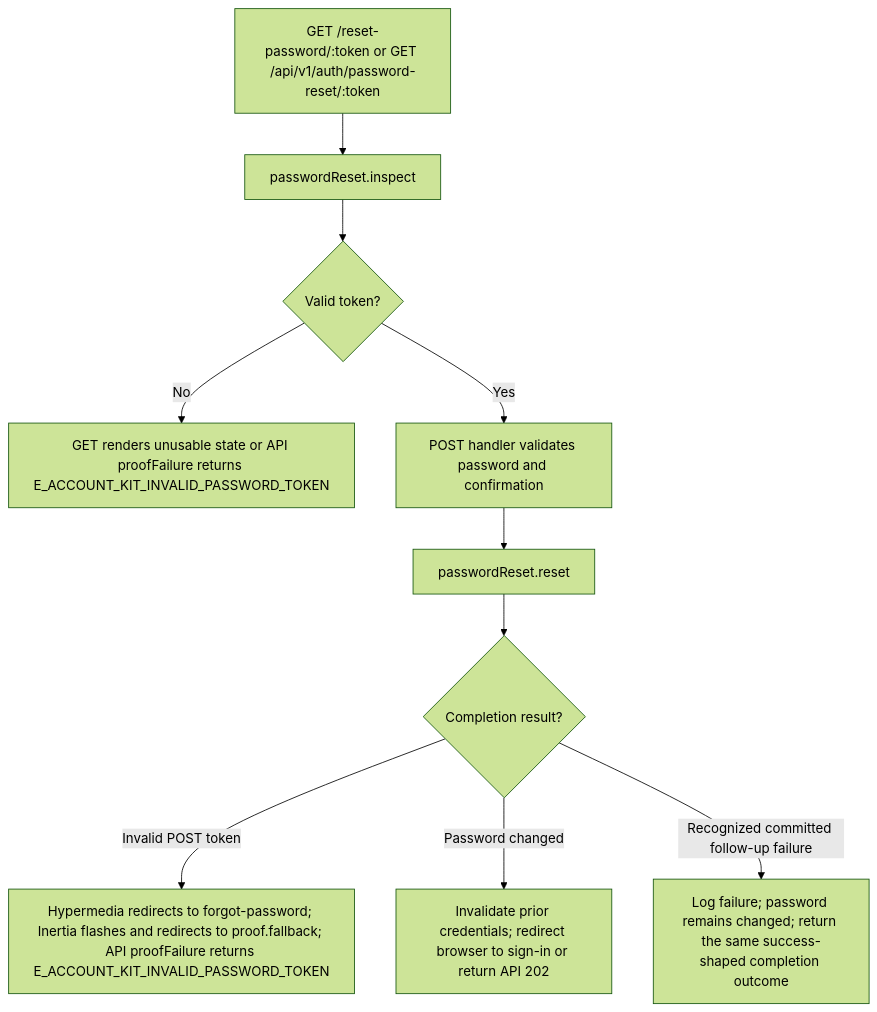
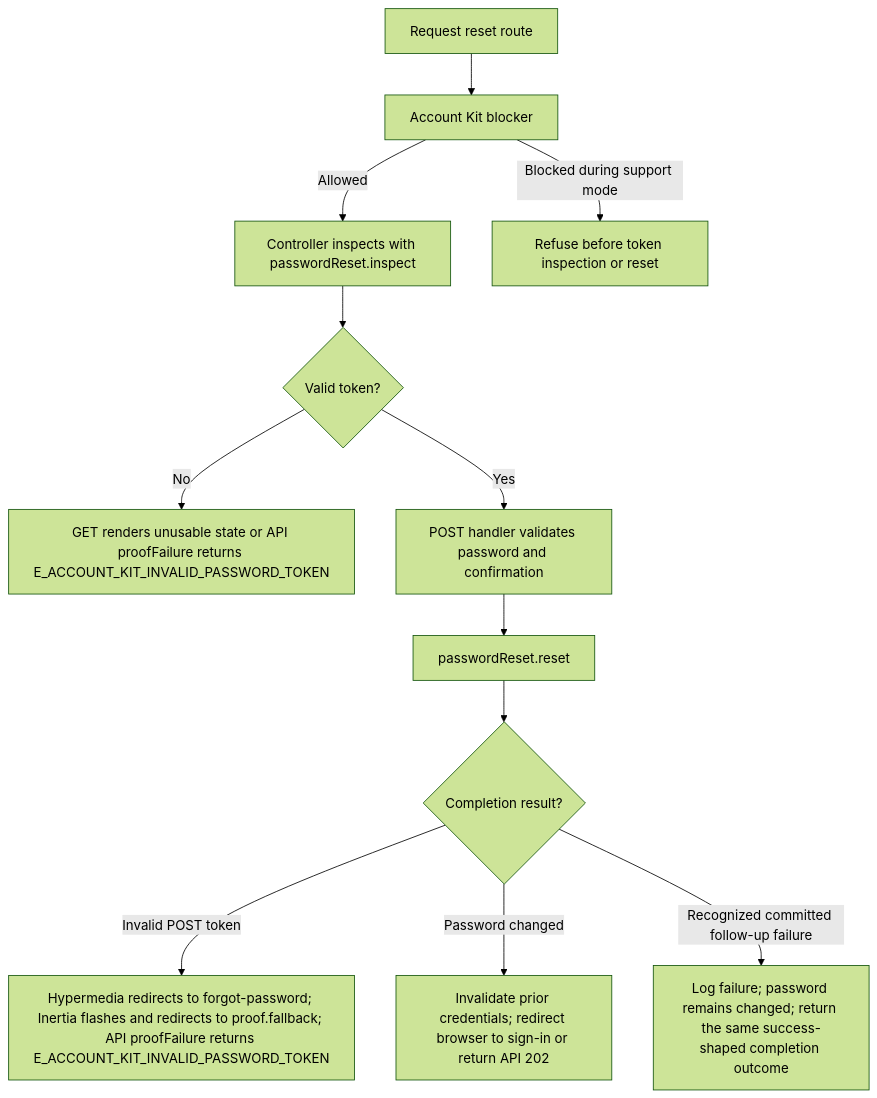
The second of 2 diagrams in user-stories/accounts/us-account-09-complete-password-reset.md (Kevinjohn/oss-adonisjs-starter-examples), drawn with Mermaid (forest theme) before and after one commit. The commit also changed other lines of this file and 12 other files, not shown here.

````diff
--- a/user-stories/accounts/us-account-09-complete-password-reset.md
+++ b/user-stories/accounts/us-account-09-complete-password-reset.md
@@ -48,12 +51,14 @@
 ```mermaid
 flowchart TD
-    A["GET /reset-password/:token or GET /api/v1/auth/password-reset/:token"] --> B["passwordReset.inspect"]
+    A["Request reset route"] --> Z["Account Kit blocker"]
+    Z -->|Allowed| B["Controller inspects with passwordReset.inspect"]
+    Z -->|Blocked during support mode| Z1["Refuse before token inspection or reset"]
     B --> C{"Valid token?"}
     C -->|No| D["GET renders unusable state or API proofFailure returns E_ACCOUNT_KIT_INVALID_PASSWORD_TOKEN"]
     C -->|Yes| E["POST handler validates password and confirmation"]
     E --> F["passwordReset.reset"]
     F --> G{"Completion result?"}
     G -->|Invalid POST token| J["Hypermedia redirects to forgot-password; Inertia flashes and redirects to proof.fallback; API proofFailure returns E_ACCOUNT_KIT_INVALID_PASSWORD_TOKEN"]
     G -->|Password changed| H["Invalidate prior credentials; redirect browser to sign-in or return API 202"]
     G -->|Recognized committed follow-up failure| I["Log failure; password remains changed; return the same success-shaped completion outcome"]
 ```
````
